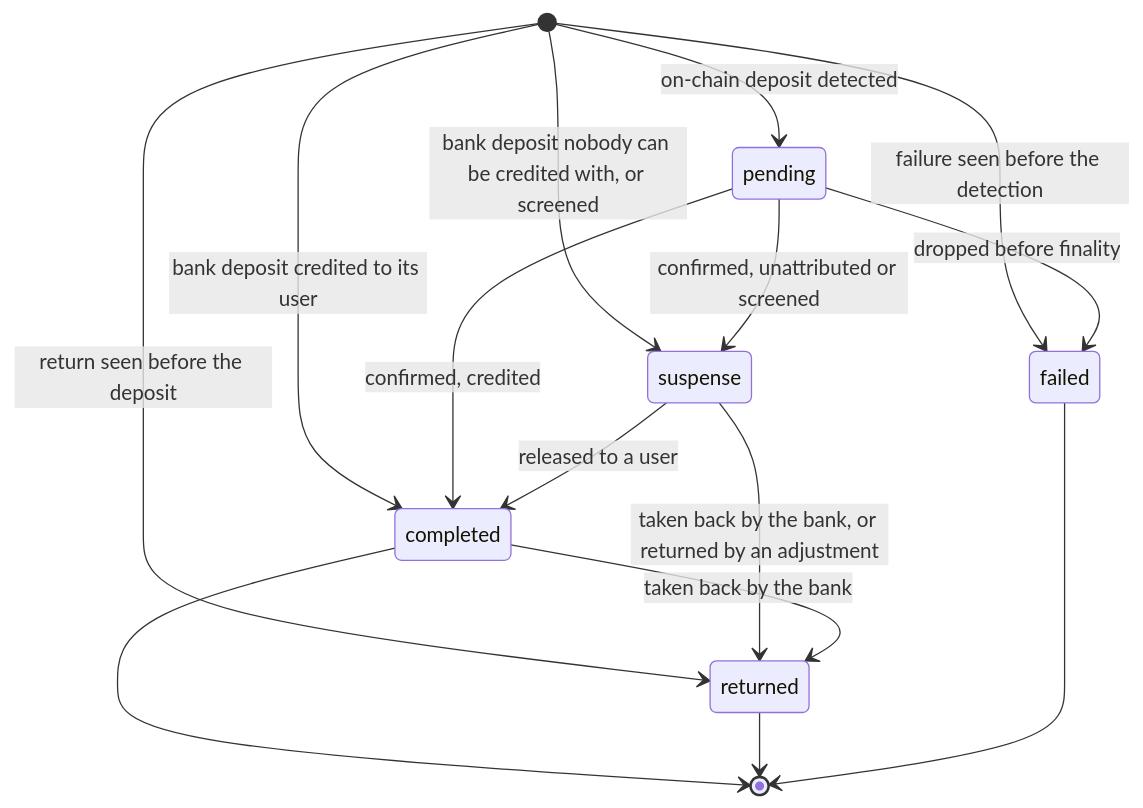
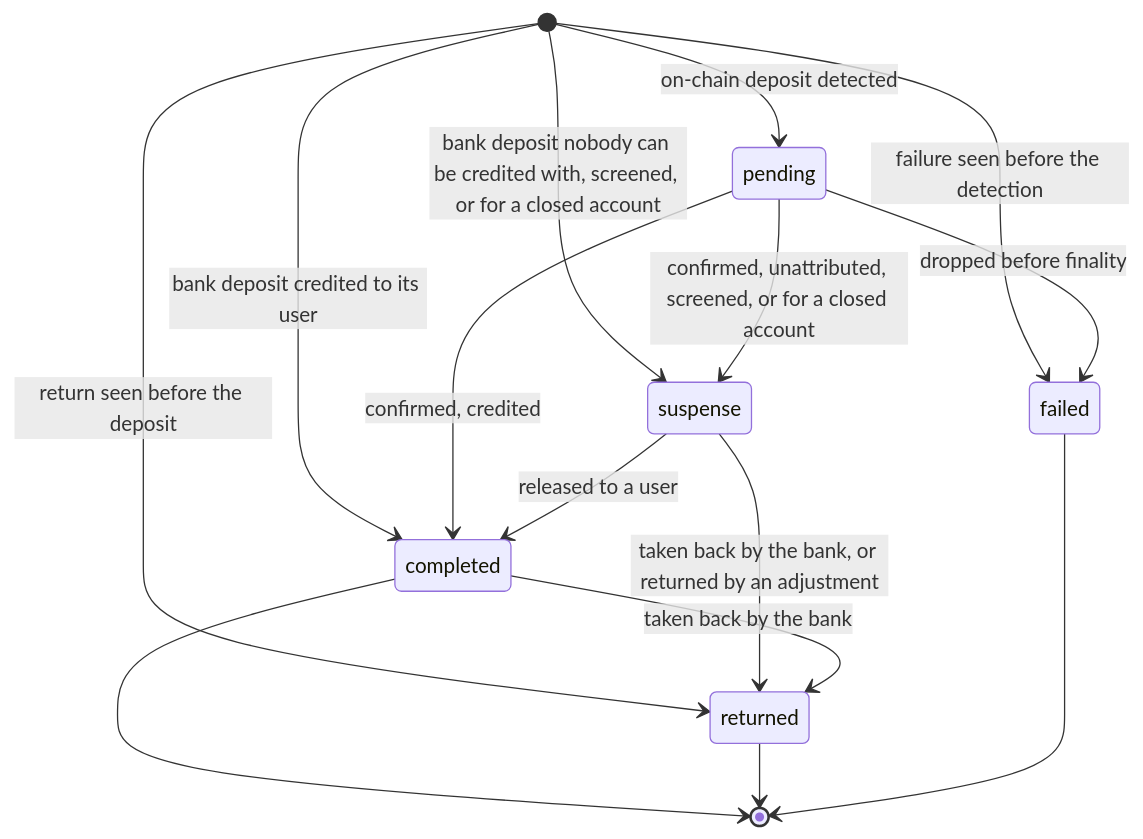
Before and after one commit to AaronJAdler/corridor: the fifth of 8 diagrams in docs/architecture.md, drawn with Mermaid. The commit also changed other lines of this file and 62 other files, not shown here.

Commit message:
Close the final review: per-process settings, account chart checks, closed accounts

````diff
--- a/docs/architecture.md
+++ b/docs/architecture.md
@@ -744,17 +803,17 @@
 ```mermaid
 stateDiagram-v2
     [*] --> pending: on-chain deposit detected
     [*] --> completed: bank deposit credited to its user
-    [*] --> suspense: bank deposit nobody can be credited with, or screened
+    [*] --> suspense: bank deposit nobody can be credited with, screened, or for a closed account
     [*] --> returned: return seen before the deposit
     [*] --> failed: failure seen before the detection
     pending --> completed: confirmed, credited
-    pending --> suspense: confirmed, unattributed or screened
+    pending --> suspense: confirmed, unattributed, screened, or for a closed account
     pending --> failed: dropped before finality
     suspense --> completed: released to a user
     suspense --> returned: taken back by the bank, or returned by an adjustment
     completed --> returned: taken back by the bank
     completed --> [*]
     returned --> [*]
     failed --> [*]
 ```
````
